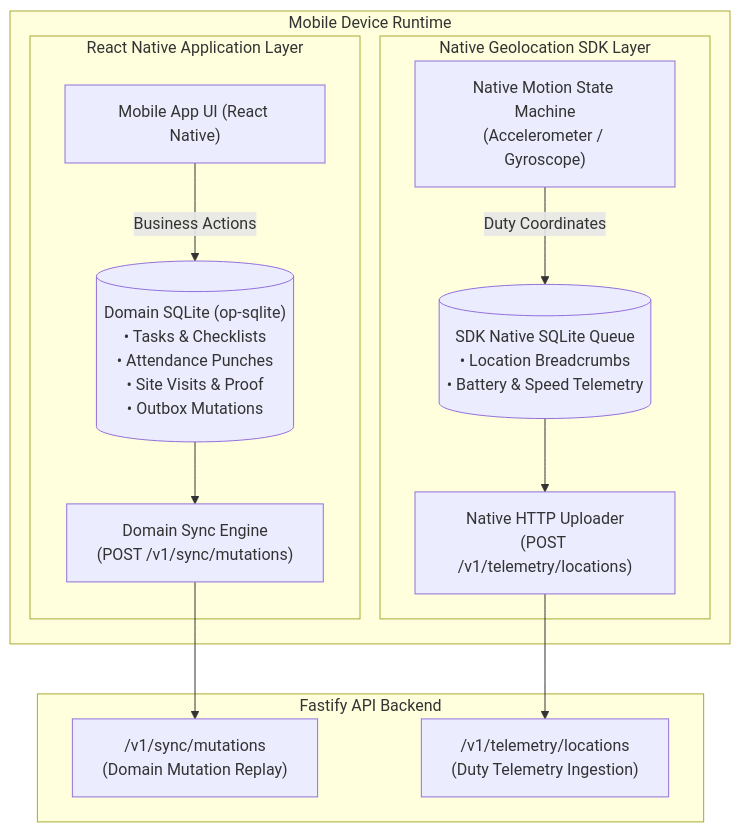
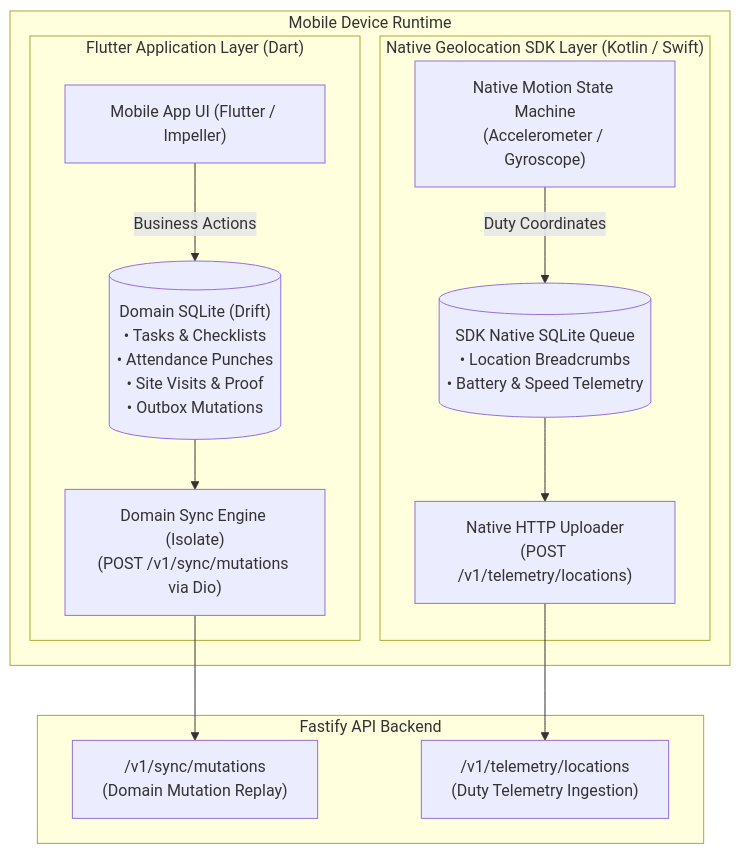
Before and after one commit to djsushilkumar/oprino: the first of 2 diagrams in docs/architecture/ADR-008-background-location.md, drawn with Mermaid. The commit also changed other lines of this file and 151 other files, not shown here.

Commit message:
chore: freeze Flutter architecture and Phase 01B baseline

````diff
--- a/docs/architecture/ADR-008-background-location.md
+++ b/docs/architecture/ADR-008-background-location.md
@@ -56,24 +57,24 @@
 ```mermaid
 flowchart TD
     subgraph MobileDevice["Mobile Device Runtime"]
-        subgraph DomainApp["React Native Application Layer"]
-            UI["Mobile App UI (React Native)"]
-            DOM_DB[("Domain SQLite (op-sqlite)<br>• Tasks & Checklists<br>• Attendance Punches<br>• Site Visits & Proof<br>• Outbox Mutations")]
-            SYNC_ENG["Domain Sync Engine<br>(POST /v1/sync/mutations)"]
+        subgraph DomainApp["Flutter Application Layer (Dart)"]
+            UI["Mobile App UI (Flutter / Impeller)"]
+            DOM_DB[("Domain SQLite (Drift)<br>• Tasks & Checklists<br>• Attendance Punches<br>• Site Visits & Proof<br>• Outbox Mutations")]
+            SYNC_ENG["Domain Sync Engine (Isolate)<br>(POST /v1/sync/mutations via Dio)"]
         end
 
-        subgraph TransistorSDK["Native Geolocation SDK Layer"]
+        subgraph TransistorSDK["Native Geolocation SDK Layer (Kotlin / Swift)"]
             MOTION["Native Motion State Machine<br>(Accelerometer / Gyroscope)"]
             NATIVE_DB[("SDK Native SQLite Queue<br>• Location Breadcrumbs<br>• Battery & Speed Telemetry")]
             NATIVE_HTTP["Native HTTP Uploader<br>(POST /v1/telemetry/locations)"]
         end
     end
 
     subgraph FastifyBackend["Fastify API Backend"]
         REST_SYNC["/v1/sync/mutations<br>(Domain Mutation Replay)"]
         REST_LOC["/v1/telemetry/locations<br>(Duty Telemetry Ingestion)"]
     end
 
     UI -->|Business Actions| DOM_DB --> SYNC_ENG --> REST_SYNC
     MOTION -->|Duty Coordinates| NATIVE_DB --> NATIVE_HTTP --> REST_LOC
 ```
````
